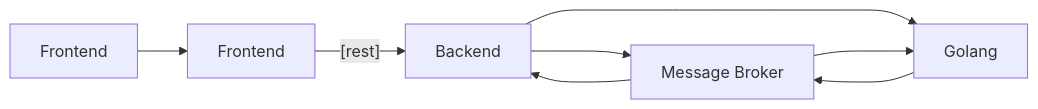
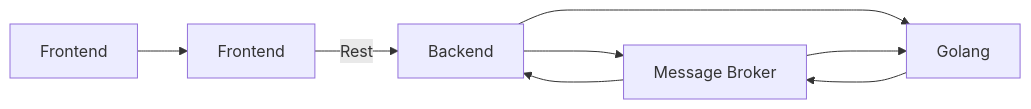
Before and after one commit to HomeBroker-IFSFC/.github: the diagram in README.md, drawn with Mermaid.

Commit message:
FlowChart

````diff
--- a/README.md
+++ b/README.md
@@ -13,10 +13,10 @@
 ```mermaid
 graph LR;
     User[Frontend] --> HomeBroker[Frontend];
-    HomeBroker[Frontend] --[rest]--> NestJs[Backend];
+    HomeBroker[Frontend] -->|Rest| NestJs[Backend];
     NestJs[Backend] --> Kafka[Message Broker];
     Kafka[Message Broker] ---> NestJs[Backend];
     NestJs[Backend] ---> SistemaBolsa[Golang];
     SistemaBolsa[Golang] ---> Kafka[Message Broker];
     Kafka[Message Broker] ---> SistemaBolsa[Golang];
 ```
````
